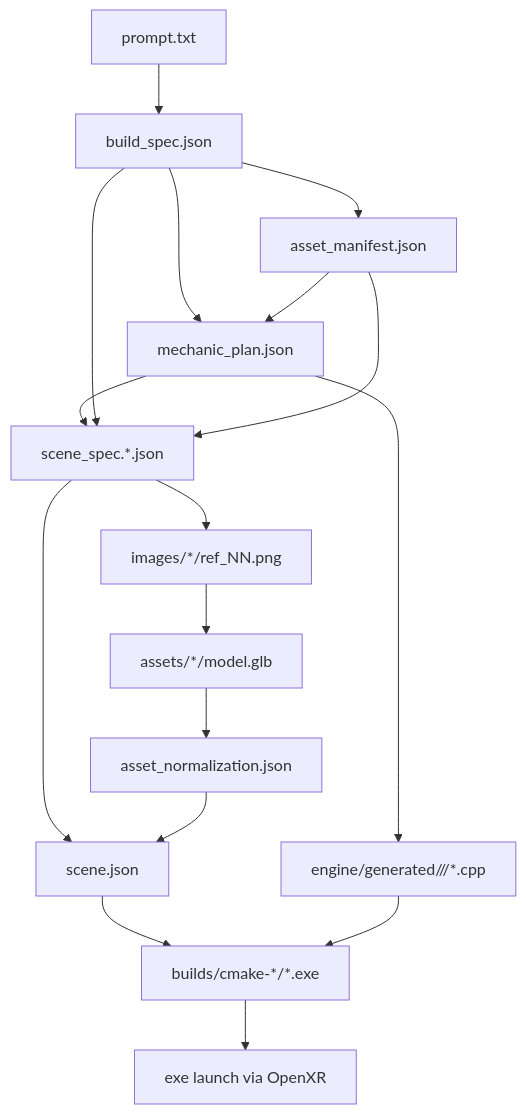
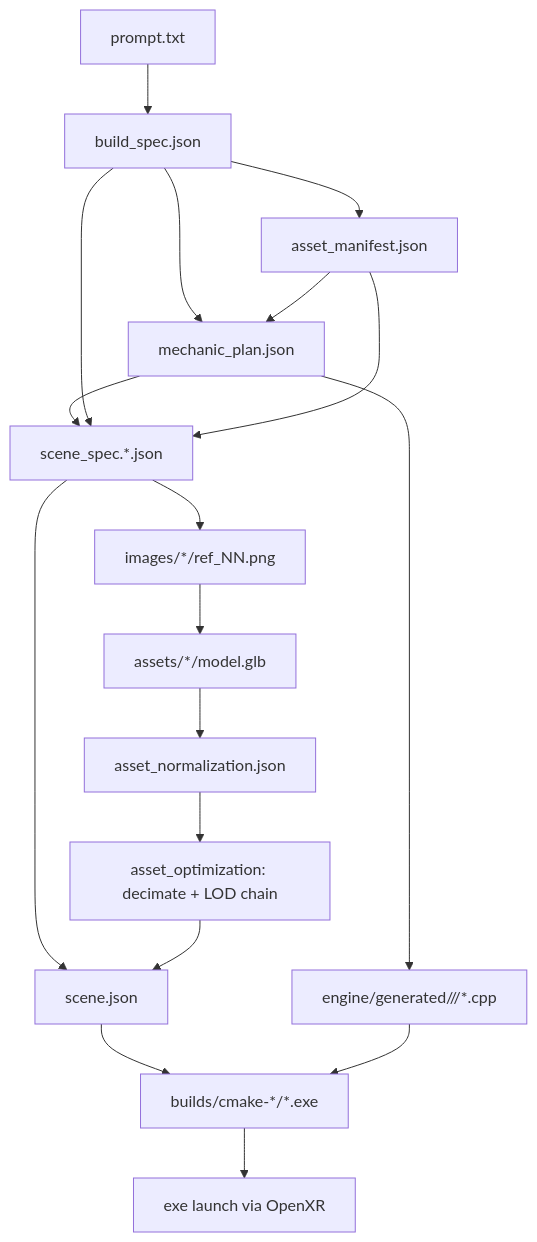
Before and after one commit to FriimanTech/Prompt-To-VR: the diagram in docs/architecture.md, drawn with Mermaid. The commit also changed 40 other files, not shown here.

````diff
--- a/docs/architecture.md
+++ b/docs/architecture.md
@@ -47,19 +47,20 @@
 ```mermaid
 flowchart TD
   Prompt[prompt.txt] --> BuildSpec[build_spec.json]
   BuildSpec --> AssetManifest[asset_manifest.json]
   BuildSpec --> MechanicPlan[mechanic_plan.json]
   AssetManifest --> MechanicPlan
   MechanicPlan --> SceneSpec[scene_spec.*.json]
   BuildSpec --> SceneSpec
   AssetManifest --> SceneSpec
   SceneSpec --> Refs[images/*/ref_NN.png]
   Refs --> Tripo[assets/*/model.glb]
   Tripo --> Normalize[asset_normalization.json]
+  Normalize --> Optimize["asset_optimization: decimate + LOD chain"]
   MechanicPlan --> CppGen["engine/generated/<kind>/<project_id>/*.cpp"]
   SceneSpec --> SceneCompile[scene.json]
-  Normalize --> SceneCompile
+  Optimize --> SceneCompile
   SceneCompile --> CMake[builds/cmake-*/*.exe]
   CppGen --> CMake
   CMake --> Launch[exe launch via OpenXR]
 ```
````
